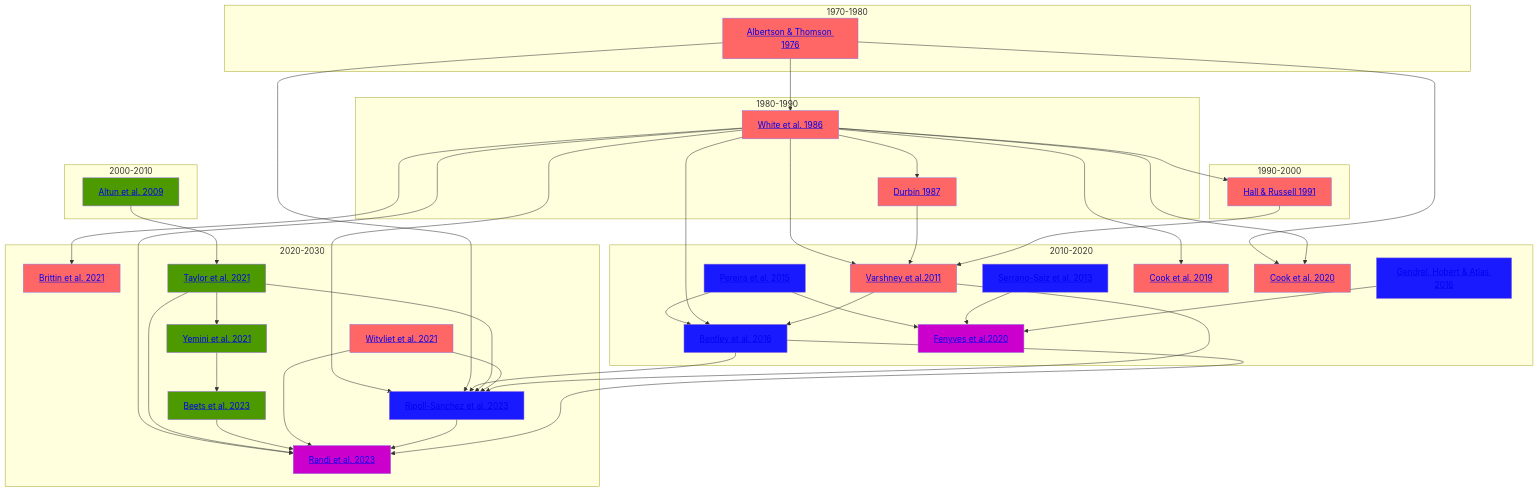
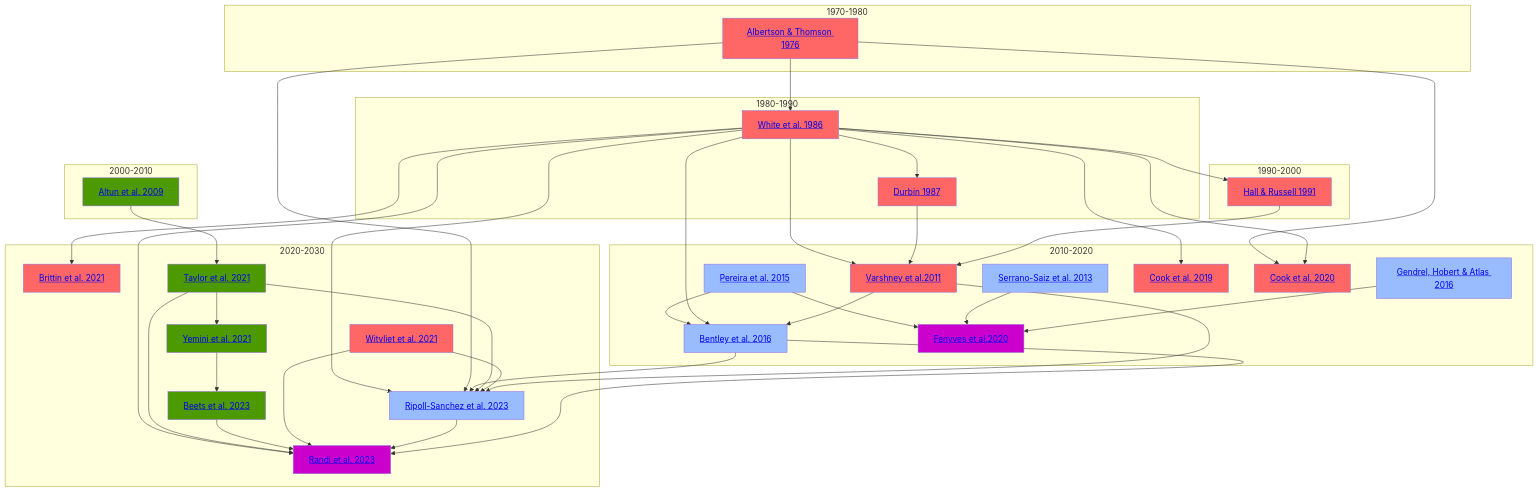
Before and after one commit to yasinthanvickneswaran/mermaidtest: the diagram in Timeline.md, drawn with Mermaid.

````diff
--- a/Timeline.md
+++ b/Timeline.md
@@ -1,67 +1,67 @@
 ```mermaid
 flowchart TD
     classDef anat fill:#ff6666
     classDef gene fill:#4d9900
-    classDef es fill:#1a1aff
+    classDef es fill:#99bbff
     classDef func fill:#cc00cc
 
 
     subgraph 1970-1980
     A1[<a href='https://github.com/yasinthanvickneswaran/ConnectomeToolbox/blob/main/docs/Albertson_Thompson_1976.md' >Albertson & Thomson 1976</a>]:::anat
     end
     subgraph 1980-1990
     A[<a href='https://github.com/yasinthanvickneswaran/ConnectomeToolbox/blob/main/docs/White_1986.md' >White et al. 1986</a>]:::anat & B[<a href='https://github.com/yasinthanvickneswaran/ConnectomeToolbox/blob/main/docs/Durbin_1987.md' >Durbin 1987</a>]:::anat
     end
 
     subgraph 1990-2000
     A2[<a href='https://github.com/yasinthanvickneswaran/ConnectomeToolbox/blob/main/docs/Hall_1991.md' >Hall & Russell 1991</a>]:::anat
     end
 
     subgraph 2000-2010
     C[<a href='https://github.com/yasinthanvickneswaran/ConnectomeToolbox/blob/main/docs/Altun_2009.md' >Altun et al. 2009</a>]:::gene 
     end
 
     subgraph 2010-2020
     D[<a href='https://github.com/yasinthanvickneswaran/ConnectomeToolbox/blob/main/docs/Varshney_2011.md' >Varshney et al.2011</a>]:::anat & E[<a href='https://github.com/yasinthanvickneswaran/ConnectomeToolbox/blob/main/docs/Pereira_2015.md' >Pereira et al. 2015</a>]:::es & E1[<a href='https://github.com/yasinthanvickneswaran/ConnectomeToolbox/blob/main/docs/Serrano_2013.md' >Serrano-Saiz et al. 2013</a>]:::es  & E2[<a href='https://github.com/yasinthanvickneswaran/ConnectomeToolbox/blob/main/docs/Gendrel_2016.md' >Gendrel, Hobert & Atlas 2016</a>]:::es & F[<a href='https://github.com/yasinthanvickneswaran/ConnectomeToolbox/blob/main/docs/Bentley_2016.md' >Bentley et al. 2016 </a>]:::es & G[<a href='https://github.com/yasinthanvickneswaran/ConnectomeToolbox/blob/main/docs/Cook_2019.md' >Cook et al. 2019</a>]:::anat & H[<a href='https://github.com/yasinthanvickneswaran/ConnectomeToolbox/blob/main/docs/Fenyves_2020.md' >Fenyves et al.2020</a>]:::func & I[<a href='https://github.com/yasinthanvickneswaran/ConnectomeToolbox/blob/main/docs/Cook_2020.md' >Cook et al. 2020</a>]:::anat
     end
 
     subgraph 2020-2030
     J[<a href='https://github.com/yasinthanvickneswaran/ConnectomeToolbox/blob/main/docs/Brittin_2021.md' >Brittin et al. 2021</a>]:::anat & K[<a href='https://github.com/yasinthanvickneswaran/ConnectomeToolbox/blob/main/docs/Witvliet_2021.md' >Witvliet et al. 2021</a>]:::anat & L[<a href='https://github.com/yasinthanvickneswaran/ConnectomeToolbox/blob/main/docs/Taylor_2021.md' >Taylor et al. 2021</a>]:::gene & M[<a href='https://github.com/yasinthanvickneswaran/ConnectomeToolbox/blob/main/docs/Yemini_2021.md' >Yemini et al. 2021</a>]:::gene & N[<a href='https://github.com/yasinthanvickneswaran/ConnectomeToolbox/blob/main/docs/Beets_2023.md' >Beets et al. 2023</a>]:::gene & P[<a href='https://github.com/yasinthanvickneswaran/ConnectomeToolbox/blob/main/docs/Randi_2023.md' >Randi et al. 2023</a>]:::func & NP[<a href='https://github.com/yasinthanvickneswaran/ConnectomeToolbox/blob/main/docs/Ripoll_2023.md' >Ripoll-Sanchez et al. 2023</a>]:::es
     end     
 
 
     E --> H
     E1 --> H
     E2 --> H
     E --> F
     C --> L
     L --> M
     M --> N
     A --> B
     A1 --> A
     A1 --> I
     A  --> A2
     A --> D
     B --> D
     A2 --> D
     A --> G
     A --> I
     A --> J
     A --> F
     D --> F
     A --> NP
     A1 --> NP
     F --> NP
     L --> NP
     K --> NP
     D --> NP
     A --> P
     L --> P
     N --> P
     K --> P
     NP --> P
     F --> P
 
     
     
 ```
````
